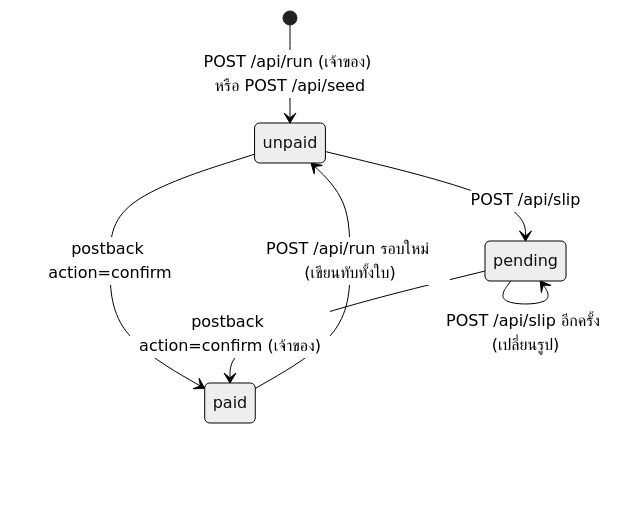
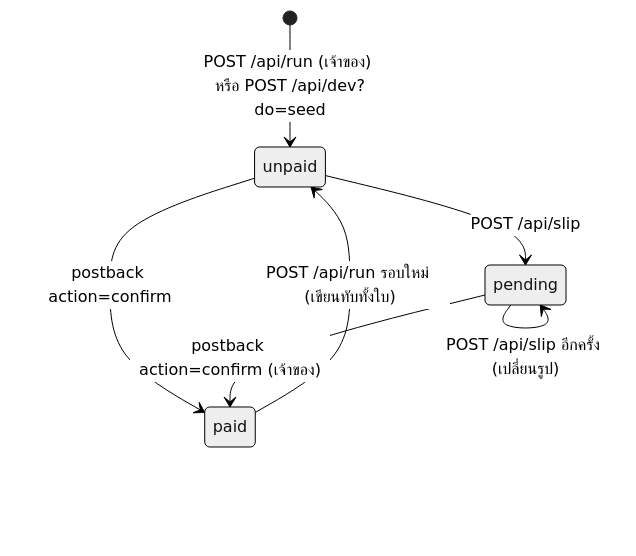
Before and after one commit to WinTuner/Dormplus-prototype: the second of 2 diagrams in line-app/docs/ARCHITECTURE.md, drawn with Mermaid (neutral theme). The commit also changed other lines of this file and 20 other files, not shown here.

````diff
--- a/line-app/docs/ARCHITECTURE.md
+++ b/line-app/docs/ARCHITECTURE.md
@@ -105,9 +105,9 @@
 ```mermaid
 stateDiagram-v2
-  [*] --> unpaid: POST /api/run (เจ้าของ) หรือ POST /api/seed
+  [*] --> unpaid: POST /api/run (เจ้าของ) หรือ POST /api/dev?do=seed
   unpaid --> pending: POST /api/slip
   pending --> pending: POST /api/slip อีกครั้ง (เปลี่ยนรูป)
   unpaid --> paid: postback action=confirm
   pending --> paid: postback action=confirm (เจ้าของ)
   paid --> unpaid: POST /api/run รอบใหม่ (เขียนทับทั้งใบ)
 ```
````
